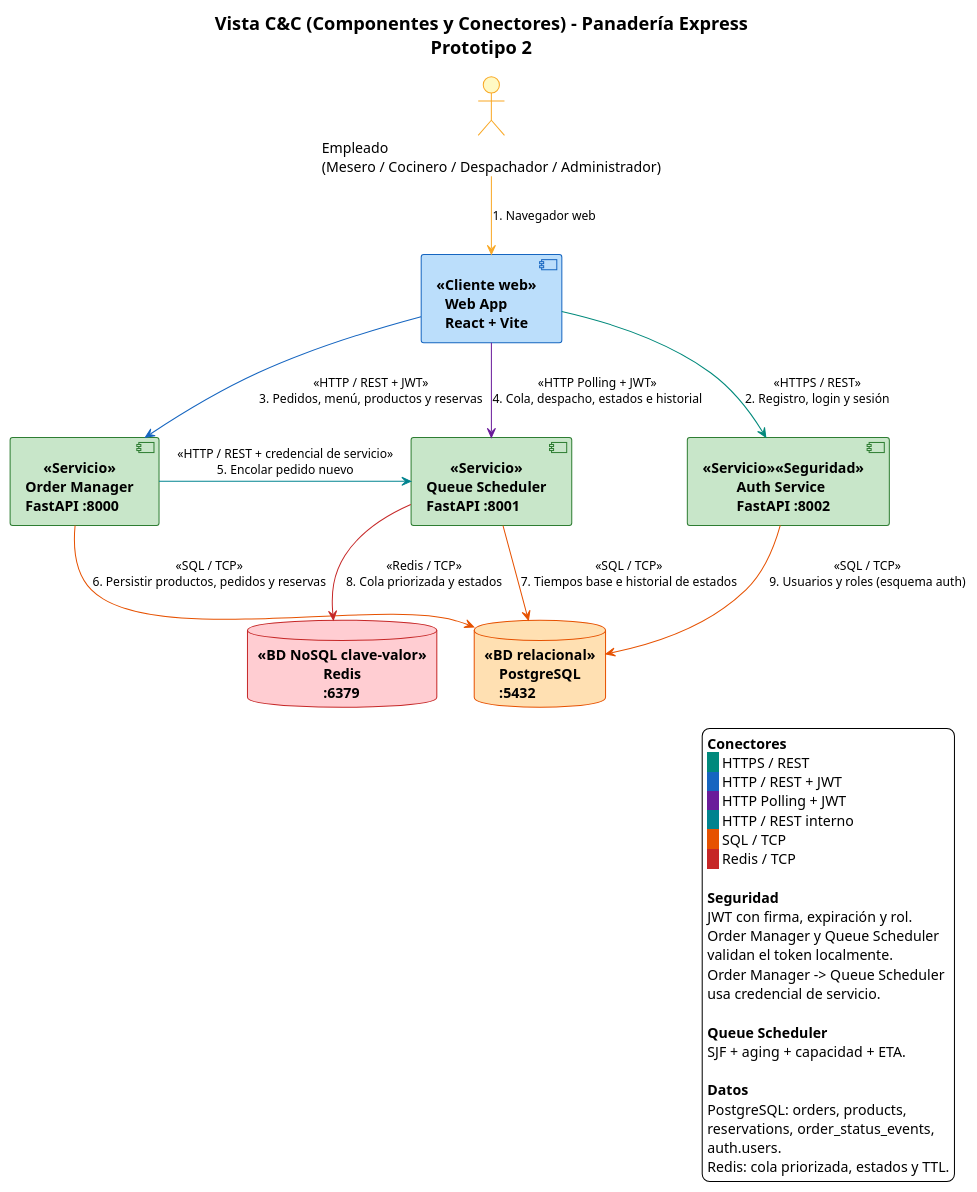
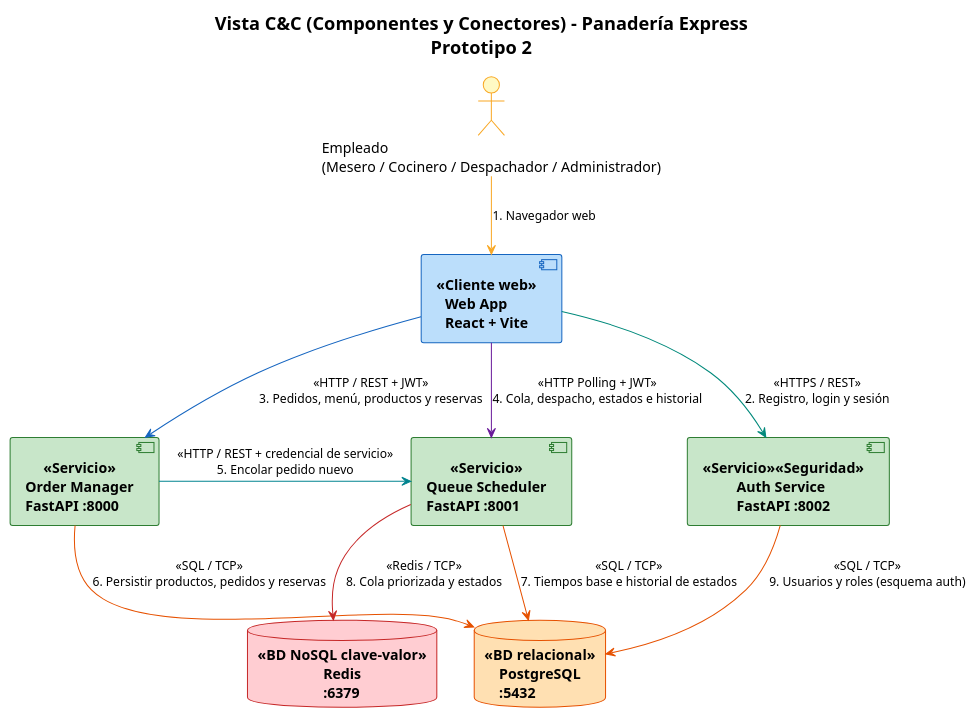
The diagram in g3-H-PanTech/docs/Vista CyC P2.puml (unal-sw-arch/swarch-2026ii), drawn with PlantUML before and after one commit. The commit also changed 1 other file, not shown here.

Commit message:
docs: remove legend from prototype 2 C&C view
Keep the diagram focused on components and connectors after removing the explanatory legend box.

```diff
--- a/g3-H-PanTech/docs/Vista CyC P2.puml
+++ b/g3-H-PanTech/docs/Vista CyC P2.puml
@@ -1,87 +1,61 @@
 @startuml
 !theme plain
 top to bottom direction
 skinparam componentStyle uml2
 skinparam shadowing false
 skinparam defaultFontSize 14
 skinparam nodesep 35
 skinparam ranksep 60
 skinparam ArrowFontSize 12
 skinparam titleFontSize 18
 skinparam titleFontStyle bold
 
 skinparam component {
   BackgroundColor<<Cliente web>> #BBDEFB
   BorderColor<<Cliente web>> #1565C0
   BackgroundColor<<Servicio>> #C8E6C9
   BorderColor<<Servicio>> #2E7D32
   BackgroundColor<<Seguridad>> #E1BEE7
   BorderColor<<Seguridad>> #6A1B9A
   FontStyle bold
 }
 skinparam database {
   BackgroundColor<<BD relacional>> #FFE0B2
   BorderColor<<BD relacional>> #E65100
   BackgroundColor<<BD NoSQL clave-valor>> #FFCDD2
   BorderColor<<BD NoSQL clave-valor>> #C62828
   FontStyle bold
 }
 skinparam actor {
   BackgroundColor #FFF9C4
   BorderColor #F9A825
 }
 
 title
   Vista C&C (Componentes y Conectores) - Panadería Express
   Prototipo 2
 end title
 
 actor "Empleado\n(Mesero / Cocinero / Despachador / Administrador)" as Empleado
 
 component "Web App\nReact + Vite" as Frontend <<Cliente web>>
 component "Auth Service\nFastAPI :8002" as Auth <<Servicio>> <<Seguridad>>
 component "Order Manager\nFastAPI :8000" as Order <<Servicio>>
 component "Queue Scheduler\nFastAPI :8001" as Scheduler <<Servicio>>
 database "PostgreSQL\n:5432" as RDB <<BD relacional>>
 database "Redis\n:6379" as NDB <<BD NoSQL clave-valor>>
 
 ' Usuario final
 Empleado -[#F9A825]down-> Frontend : 1. Navegador web
 
 ' Conectores (interfaz requerida), coloreados por tipo
 Frontend -[#00897B]down-> Auth : <<HTTPS / REST>>\n2. Registro, login y sesión
 Frontend -[#1565C0]down-> Order : <<HTTP / REST + JWT>>\n3. Pedidos, menú, productos y reservas
 Frontend -[#6A1B9A]down-> Scheduler : <<HTTP Polling + JWT>>\n4. Cola, despacho, estados e historial
 Order -[#00838F]right-> Scheduler : <<HTTP / REST + credencial de servicio>>\n5. Encolar pedido nuevo
 Auth -[#E65100]down-> RDB : <<SQL / TCP>>\n9. Usuarios y roles (esquema auth)
 Order -[#E65100]down-> RDB : <<SQL / TCP>>\n6. Persistir productos, pedidos y reservas
 Scheduler -[#E65100]down-> RDB : <<SQL / TCP>>\n7. Tiempos base e historial de estados
 Scheduler -[#C62828]down-> NDB : <<Redis / TCP>>\n8. Cola priorizada y estados
 
-legend right
-  <b>Conectores</b>
-  <back:#00897B>   </back> HTTPS / REST
-  <back:#1565C0>   </back> HTTP / REST + JWT
-  <back:#6A1B9A>   </back> HTTP Polling + JWT
-  <back:#00838F>   </back> HTTP / REST interno
-  <back:#E65100>   </back> SQL / TCP
-  <back:#C62828>   </back> Redis / TCP
-
-  <b>Seguridad</b>
-  JWT con firma, expiración y rol.
-  Order Manager y Queue Scheduler
-  validan el token localmente.
-  Order Manager -> Queue Scheduler
-  usa credencial de servicio.
-
-  <b>Queue Scheduler</b>
-  SJF + aging + capacidad + ETA.
-
-  <b>Datos</b>
-  PostgreSQL: orders, products,
-  reservations, order_status_events,
-  auth.users.
-  Redis: cola priorizada, estados y TTL.
-endlegend
-
 @enduml
```
